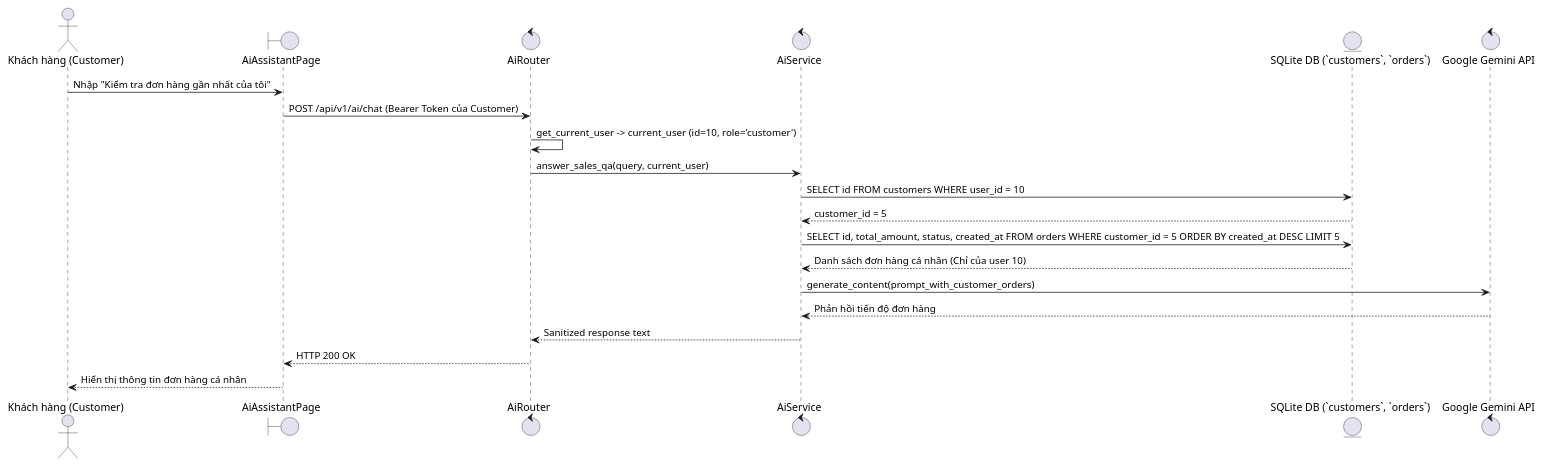
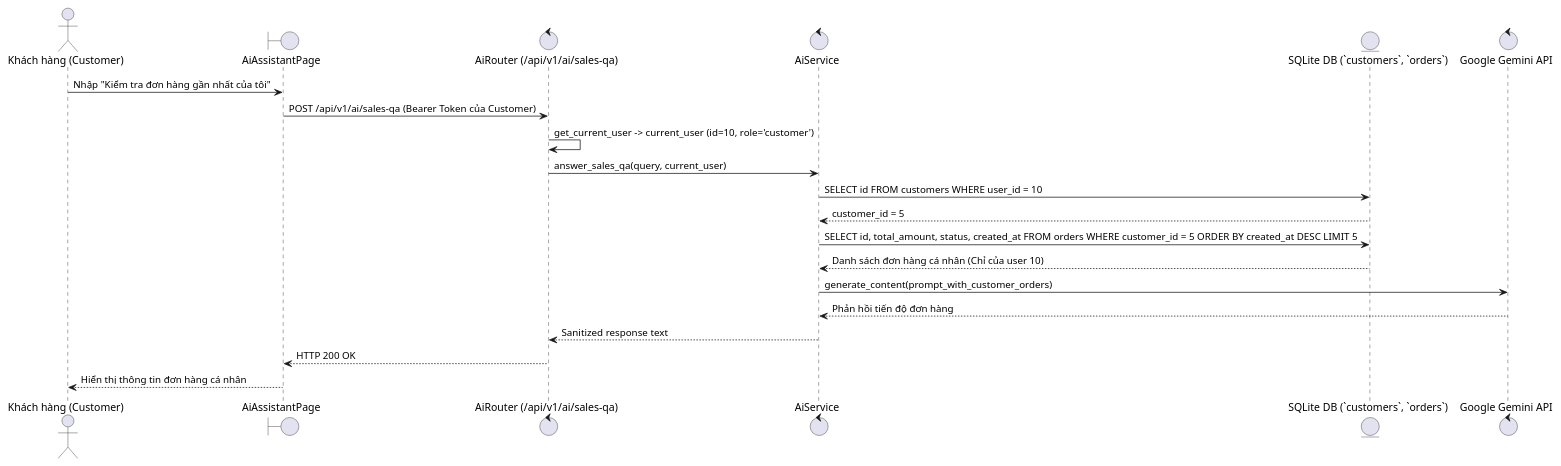
The diagram in docs/diagrams/UC016-ai-customer-orders-sequence.puml (Leoth01O2/WebStoreAI), drawn with PlantUML before and after one commit. The commit also changed 41 other files, not shown here.

```diff
--- a/docs/diagrams/UC016-ai-customer-orders-sequence.puml
+++ b/docs/diagrams/UC016-ai-customer-orders-sequence.puml
@@ -1,27 +1,27 @@
 @startuml
 skinparam defaultFontName "Arial"
 skinparam shadowing false
 
 actor "Khách hàng (Customer)" as Customer
 boundary "AiAssistantPage" as UI
-control "AiRouter" as Router
+control "AiRouter (/api/v1/ai/sales-qa)" as Router
 control "AiService" as AI
 entity "SQLite DB (`customers`, `orders`)" as DB
 control "Google Gemini API" as Gemini
 
 Customer -> UI: Nhập "Kiểm tra đơn hàng gần nhất của tôi"
-UI -> Router: POST /api/v1/ai/chat (Bearer Token của Customer)
+UI -> Router: POST /api/v1/ai/sales-qa (Bearer Token của Customer)
 Router -> Router: get_current_user -> current_user (id=10, role='customer')
 Router -> AI: answer_sales_qa(query, current_user)
 
 AI -> DB: SELECT id FROM customers WHERE user_id = 10
 DB --> AI: customer_id = 5
 AI -> DB: SELECT id, total_amount, status, created_at FROM orders WHERE customer_id = 5 ORDER BY created_at DESC LIMIT 5
 DB --> AI: Danh sách đơn hàng cá nhân (Chỉ của user 10)
 
 AI -> Gemini: generate_content(prompt_with_customer_orders)
 Gemini --> AI: Phản hồi tiến độ đơn hàng
 AI --> Router: Sanitized response text
 Router --> UI: HTTP 200 OK
 UI --> Customer: Hiển thị thông tin đơn hàng cá nhân
 @enduml
```
